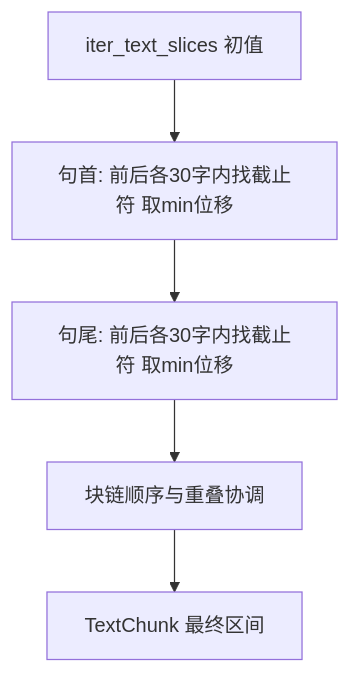
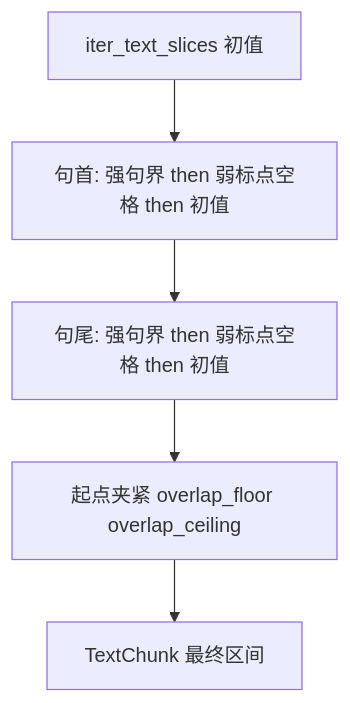
One commit to zane-xu-ai/rag_law changed the diagram in doc/chunk/句边界对齐切分.md. Above: the diagram before and after it, drawn with Mermaid. The commit also changed other lines of this file and 13 other files, not shown here.

````diff
--- a/doc/chunk/句边界对齐切分.md
+++ b/doc/chunk/句边界对齐切分.md
@@ -96,9 +90,9 @@
 ```mermaid
 flowchart TD
   raw[iter_text_slices 初值]
-  adjS["句首: 前后各30字内找截止符 取min位移"]
-  adjE["句尾: 前后各30字内找截止符 取min位移"]
-  chain[块链顺序与重叠协调]
+  adjS["句首: 强句界 then 弱标点空格 then 初值"]
+  adjE["句尾: 强句界 then 弱标点空格 then 初值"]
+  chain["起点夹紧 overlap_floor overlap_ceiling"]
   out[TextChunk 最终区间]
   raw --> adjS --> adjE --> chain --> out
 ```
````
